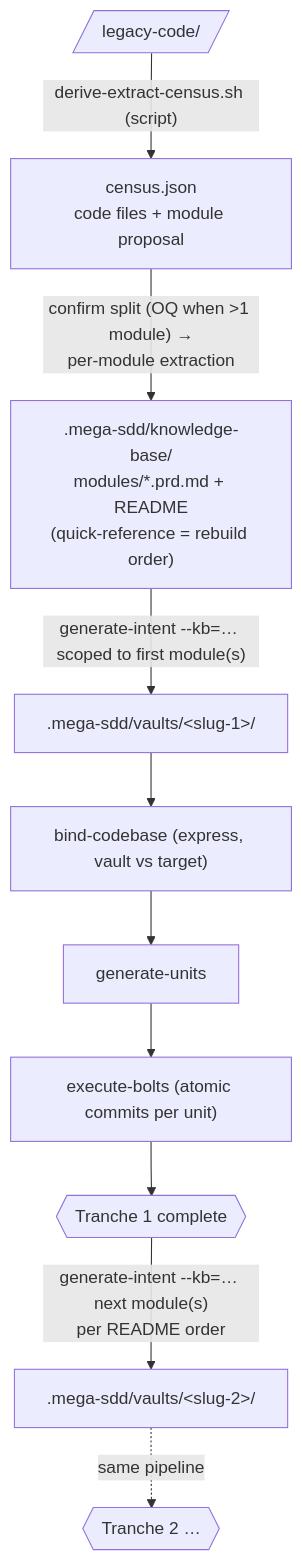
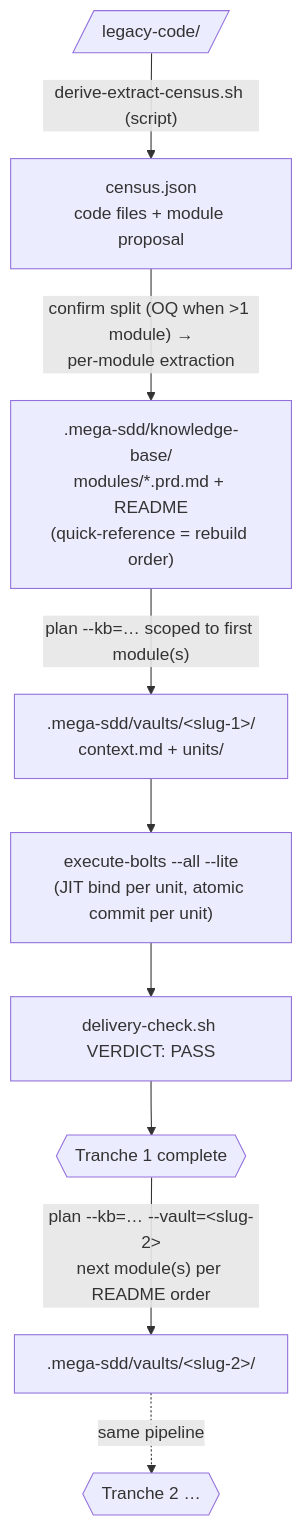
The diagram in tests/scenarios/scenario-10-phased-rebuild-walkthrough.md (FarhanRiuzaki/Mega-SDD), drawn with Mermaid before and after one commit. The commit also changed other lines of this file and 325 other files, not shown here.

````diff
--- a/tests/scenarios/scenario-10-phased-rebuild-walkthrough.md
+++ b/tests/scenarios/scenario-10-phased-rebuild-walkthrough.md
@@ -24,12 +24,11 @@
 ```mermaid
 flowchart TD
     L[/"legacy-code/"/] -->|"derive-extract-census.sh (script)"| C["census.json<br/>code files + module proposal"]
     C -->|"confirm split (OQ when >1 module) →<br/>per-module extraction"| KB[".mega-sdd/knowledge-base/<br/>modules/*.prd.md + README<br/>(quick-reference = rebuild order)"]
-    KB -->|"generate-intent --kb=… scoped to first module(s)"| V1[".mega-sdd/vaults/&lt;slug-1&gt;/"]
-    V1 --> BIND1["bind-codebase (express, vault vs target)"]
-    BIND1 --> GU1["generate-units"]
-    GU1 --> EB1["execute-bolts (atomic commits per unit)"]
-    EB1 --> DONE1{{"Tranche 1 complete"}}
-    DONE1 -->|"generate-intent --kb=… next module(s)<br/>per README order"| V2[".mega-sdd/vaults/&lt;slug-2&gt;/"]
+    KB -->|"plan --kb=… scoped to first module(s)"| V1[".mega-sdd/vaults/&lt;slug-1&gt;/<br/>context.md + units/"]
+    V1 --> EB1["execute-bolts --all --lite<br/>(JIT bind per unit, atomic commit per unit)"]
+    EB1 --> DC1["delivery-check.sh VERDICT: PASS"]
+    DC1 --> DONE1{{"Tranche 1 complete"}}
+    DONE1 -->|"plan --kb=… --vault=&lt;slug-2&gt;<br/>next module(s) per README order"| V2[".mega-sdd/vaults/&lt;slug-2&gt;/"]
     V2 -.->|"same pipeline"| DONE2{{"Tranche 2 …"}}
 ```
````
